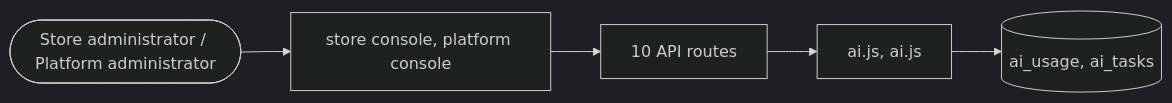
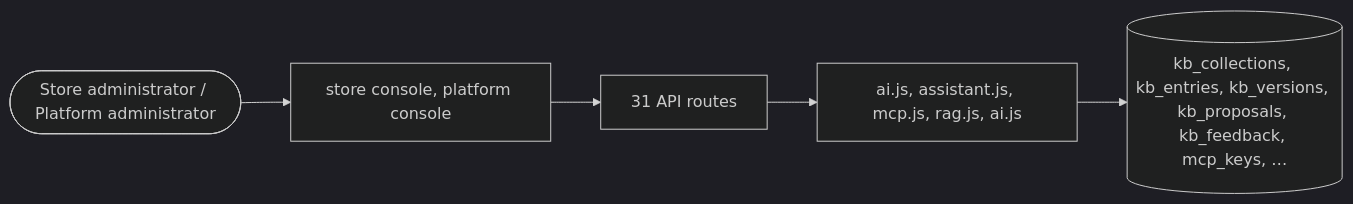
The diagram in docs/domains/ai.md (echelonxventures-Projects/universal-product), drawn with Mermaid (dark theme) before and after one commit. The commit also changed other lines of this file and 23 other files, not shown here.

First line of the commit message:
feat(ai): reusable RAG, MCP and AI assistant for every app; kundli matching and antardashas

````diff
--- a/docs/domains/ai.md
+++ b/docs/domains/ai.md
@@ -73,8 +215,8 @@
 ```mermaid
 flowchart LR
   U([Store administrator / Platform administrator]) --> UI[store console, platform console]
-  UI --> API[10 API routes]
-  API --> ENG[ai.js, ai.js]
-  ENG --> DB[(ai_usage, ai_tasks)]
+  UI --> API[31 API routes]
+  API --> ENG[ai.js, assistant.js, mcp.js, rag.js, ai.js]
+  ENG --> DB[(kb_collections, kb_entries, kb_versions, kb_proposals, kb_feedback, mcp_keys, …)]
 
 ```
````
